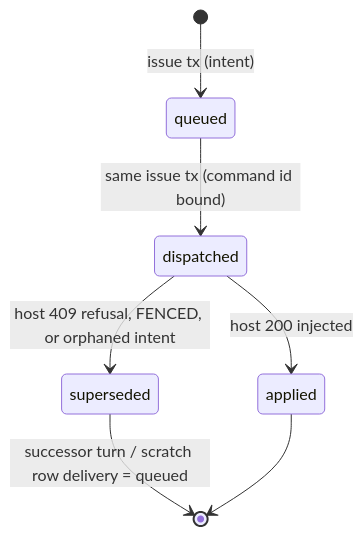
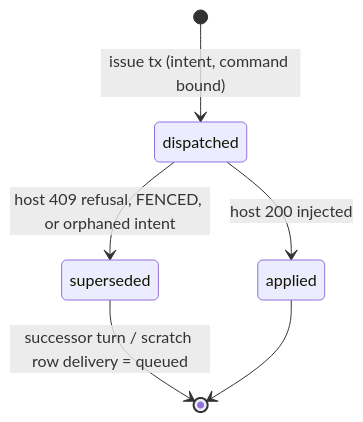
The fifth of 8 diagrams in docs/system-analytics/execution-prompt-lifecycle.md (maister-dev/maister), drawn with Mermaid before and after one commit. The commit also changed other lines of this file and 39 other files, not shown here.

````diff
--- a/docs/system-analytics/execution-prompt-lifecycle.md
+++ b/docs/system-analytics/execution-prompt-lifecycle.md
@@ -1457,9 +1459,8 @@
 ```mermaid
 stateDiagram-v2
-  [*] --> queued: issue tx (intent)
-  queued --> dispatched: same issue tx (command id bound)
+  [*] --> dispatched: issue tx (intent, command bound)
   dispatched --> applied: host 200 injected
   dispatched --> superseded: host 409 refusal, FENCED, or orphaned intent
   superseded --> [*]: successor turn / scratch row delivery = queued
   applied --> [*]
 ```
````
